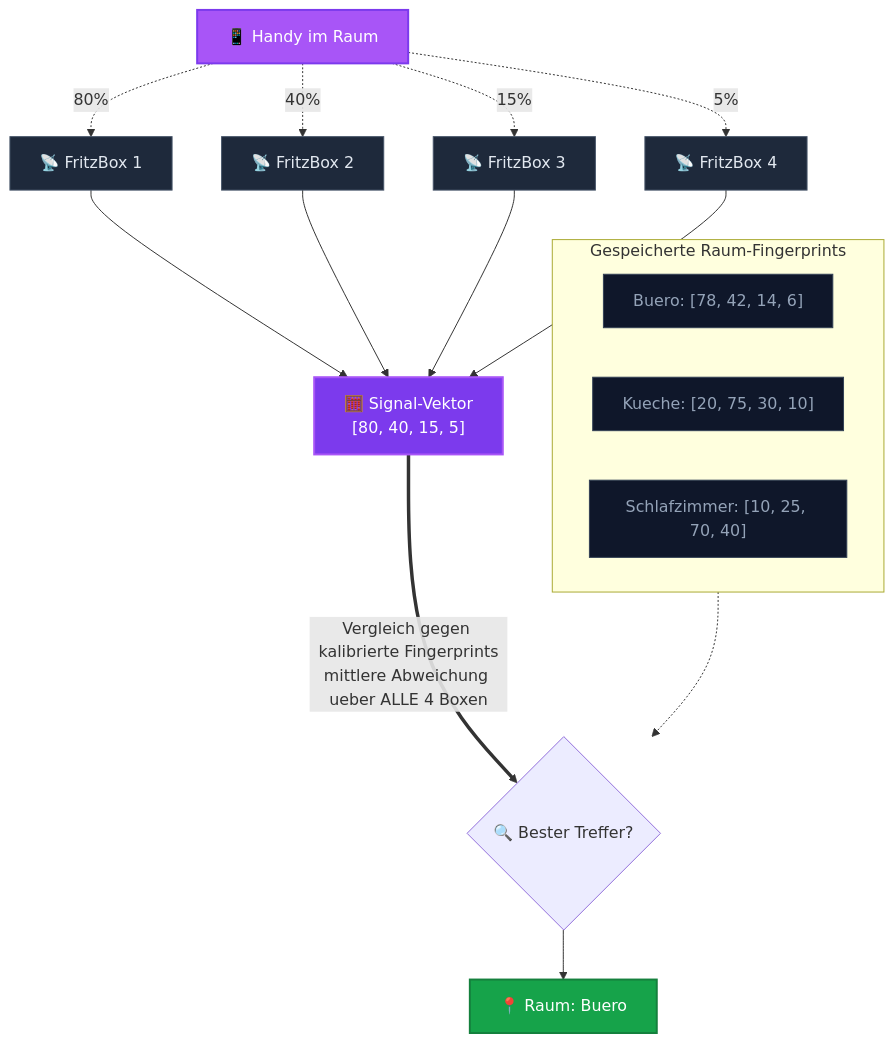
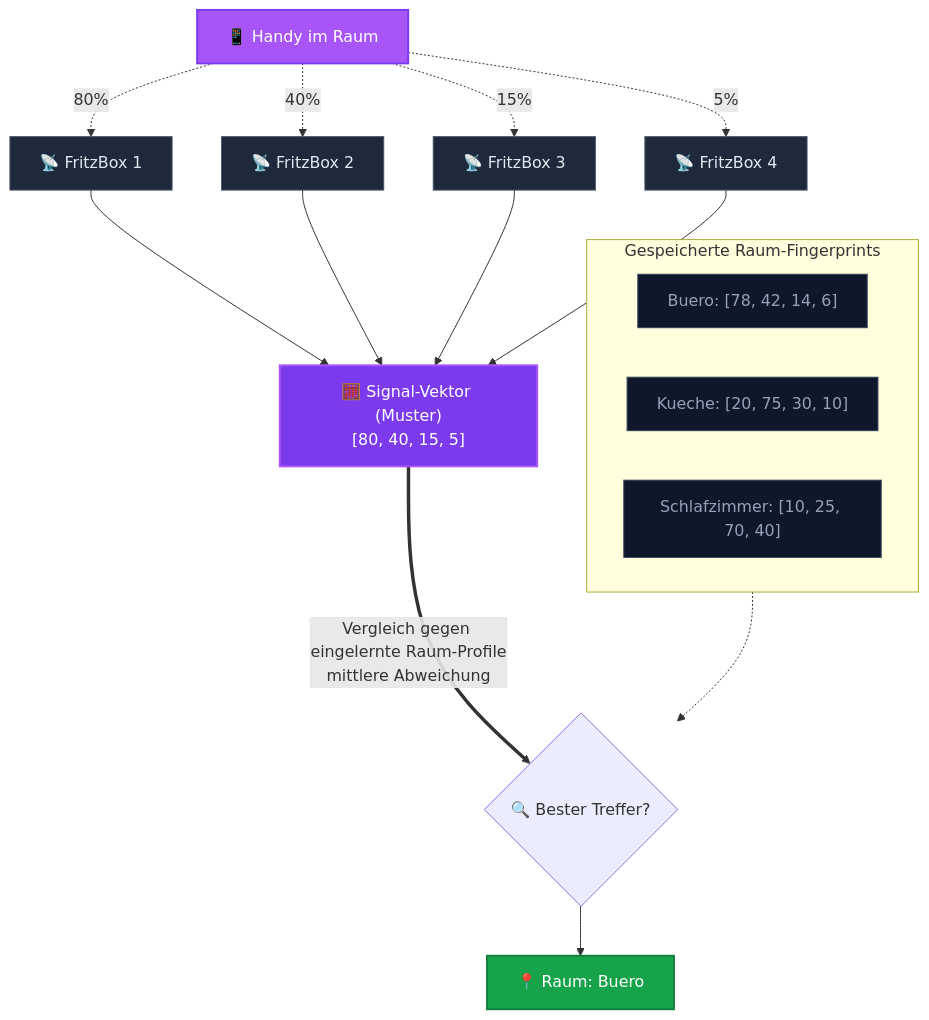
The second of 5 diagrams in README.md (Aslan4u73/FritzTrack4u), drawn with Mermaid before and after one commit. The commit also changed other lines of this file and 2 other files, not shown here.

````diff
--- a/README.md
+++ b/README.md
@@ -80,38 +80,38 @@
 ```mermaid
 flowchart TD
     Phone["📱 Handy im Raum"]
 
     Phone -.->|"80%"| B1["📡 FritzBox 1"]
     Phone -.->|"40%"| B2["📡 FritzBox 2"]
     Phone -.->|"15%"| B3["📡 FritzBox 3"]
     Phone -.->|"5%"| B4["📡 FritzBox 4"]
 
-    B1 --> V["🧮 Signal-Vektor<br/>[80, 40, 15, 5]"]
+    B1 --> V["🧮 Signal-Vektor (Muster)<br/>[80, 40, 15, 5]"]
     B2 --> V
     B3 --> V
     B4 --> V
 
-    V ==>|"Vergleich gegen kalibrierte Fingerprints<br/>mittlere Abweichung ueber ALLE 4 Boxen"| Match{"🔍 Bester Treffer?"}
+    V ==>|"Vergleich gegen eingelernte Raum-Profile<br/>mittlere Abweichung"| Match{"🔍 Bester Treffer?"}
 
     Match --> Pos["📍 Raum: Buero"]
 
     subgraph Kalibriert ["Gespeicherte Raum-Fingerprints"]
         FP1["Buero: [78, 42, 14, 6]"]
         FP2["Kueche: [20, 75, 30, 10]"]
         FP3["Schlafzimmer: [10, 25, 70, 40]"]
     end
 
     Kalibriert -.-> Match
 
     classDef phone fill:#a855f7,stroke:#7c3aed,color:#fff,stroke-width:2px
     classDef box fill:#1e293b,stroke:#475569,color:#e2e8f0
     classDef vector fill:#7c3aed,stroke:#a855f7,color:#fff,stroke-width:2px
     classDef result fill:#16a34a,stroke:#15803d,color:#fff,stroke-width:2px
     classDef fp fill:#0f172a,stroke:#334155,color:#94a3b8
 
     class Phone phone
     class B1,B2,B3,B4 box
     class V vector
     class Pos result
     class FP1,FP2,FP3 fp
 ```
````
